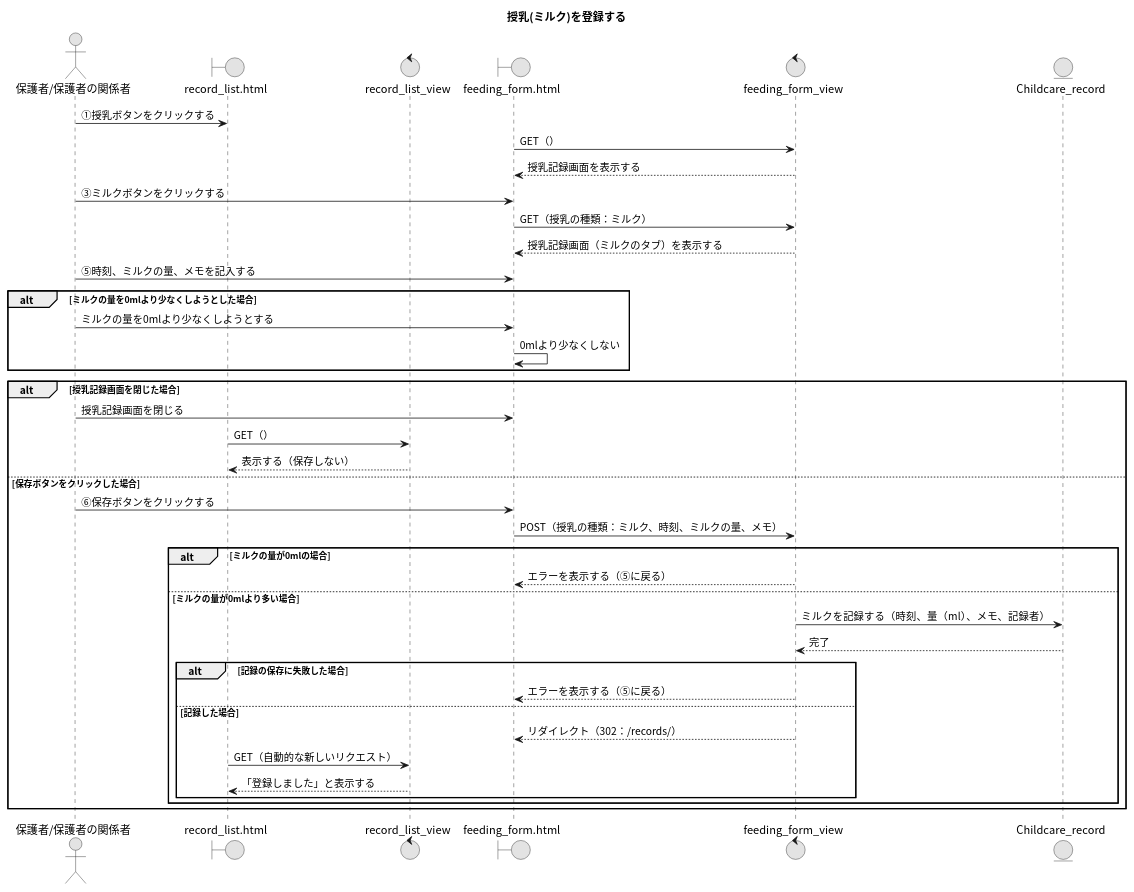
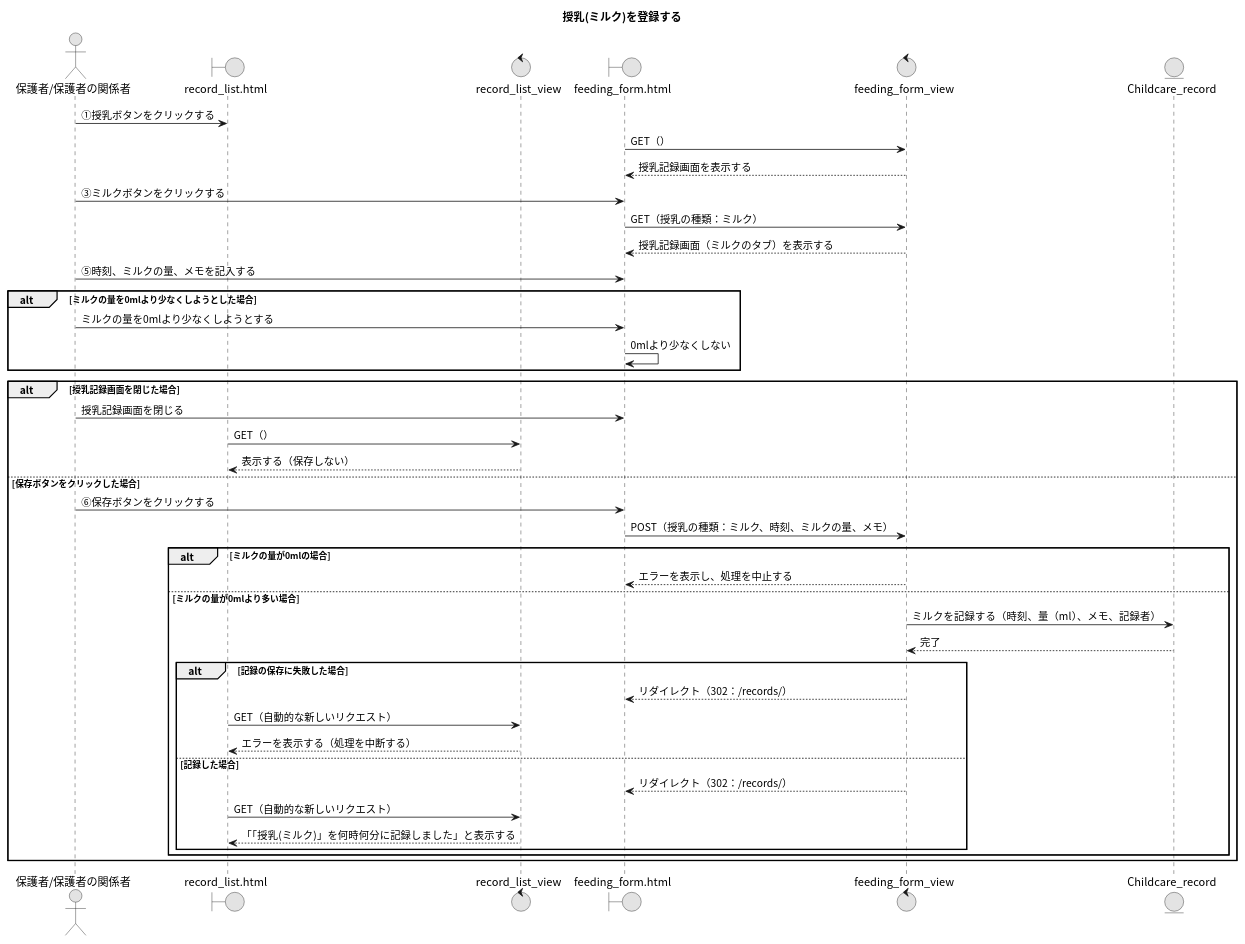
Before and after one commit to Ma2naga190330/26_sotugyou_puml: the diagram in 26_授乳(ミルク)を登録する.puml, drawn with PlantUML. The commit also changed 13 other files, not shown here.

```diff
--- a/26_授乳(ミルク)を登録する.puml
+++ b/26_授乳(ミルク)を登録する.puml
@@ -1,48 +1,50 @@
 @startuml
 title 授乳(ミルク)を登録する
 skinparam defaultFontName "Noto Sans CJK JP"
 skinparam monochrome true
 
 actor "保護者/保護者の関係者" as A
 boundary "record_list.html" as RLP
 control "record_list_view" as RLV
 boundary "feeding_form.html" as FFP
 control "feeding_form_view" as FFV
 entity "Childcare_record" as CRM
 
 A -> RLP : ①授乳ボタンをクリックする
 FFP -> FFV : GET（）
 FFV --> FFP : 授乳記録画面を表示する
 
 A -> FFP : ③ミルクボタンをクリックする
 FFP -> FFV : GET（授乳の種類：ミルク）
 FFV --> FFP : 授乳記録画面（ミルクのタブ）を表示する
 
 A -> FFP : ⑤時刻、ミルクの量、メモを記入する
 alt ミルクの量を0mlより少なくしようとした場合
   A -> FFP : ミルクの量を0mlより少なくしようとする
   FFP -> FFP : 0mlより少なくしない
 end
 
 alt 授乳記録画面を閉じた場合
   A -> FFP : 授乳記録画面を閉じる
   RLP -> RLV : GET（）
   RLV --> RLP : 表示する（保存しない）
 else 保存ボタンをクリックした場合
   A -> FFP : ⑥保存ボタンをクリックする
   FFP -> FFV : POST（授乳の種類：ミルク、時刻、ミルクの量、メモ）
   alt ミルクの量が0mlの場合
-    FFV --> FFP : エラーを表示する（⑤に戻る）
+    FFV --> FFP : エラーを表示し、処理を中止する
   else ミルクの量が0mlより多い場合
     FFV -> CRM : ミルクを記録する（時刻、量（ml）、メモ、記録者）
     FFV <-- CRM : 完了
     alt 記録の保存に失敗した場合
-      FFV --> FFP : エラーを表示する（⑤に戻る）
+      FFV --> FFP : リダイレクト（302：/records/）
+      RLP -> RLV : GET（自動的な新しいリクエスト）
+      RLV --> RLP : エラーを表示する（処理を中断する）
     else 記録した場合
       FFV --> FFP : リダイレクト（302：/records/）
       RLP -> RLV : GET（自動的な新しいリクエスト）
-      RLV --> RLP : 「登録しました」と表示する
+      RLV --> RLP : 「「授乳(ミルク)」を何時何分に記録しました」と表示する
     end
   end
 end
 @enduml
```
